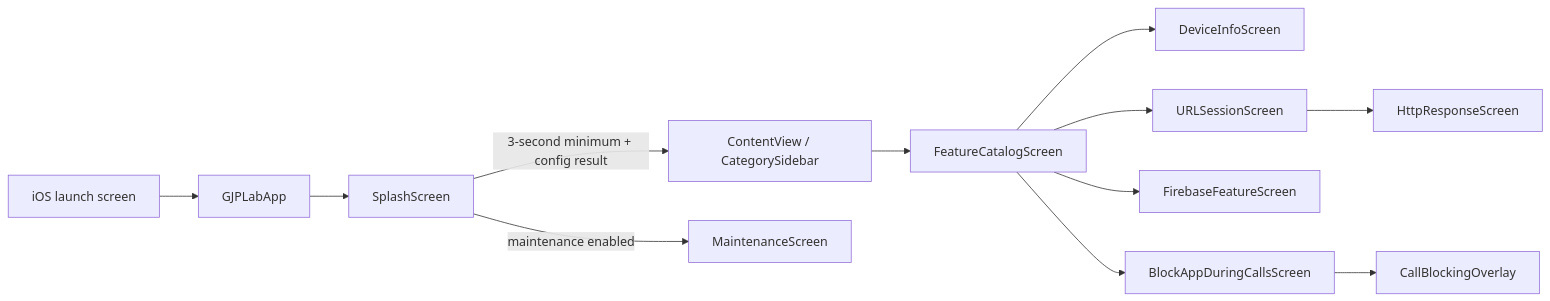
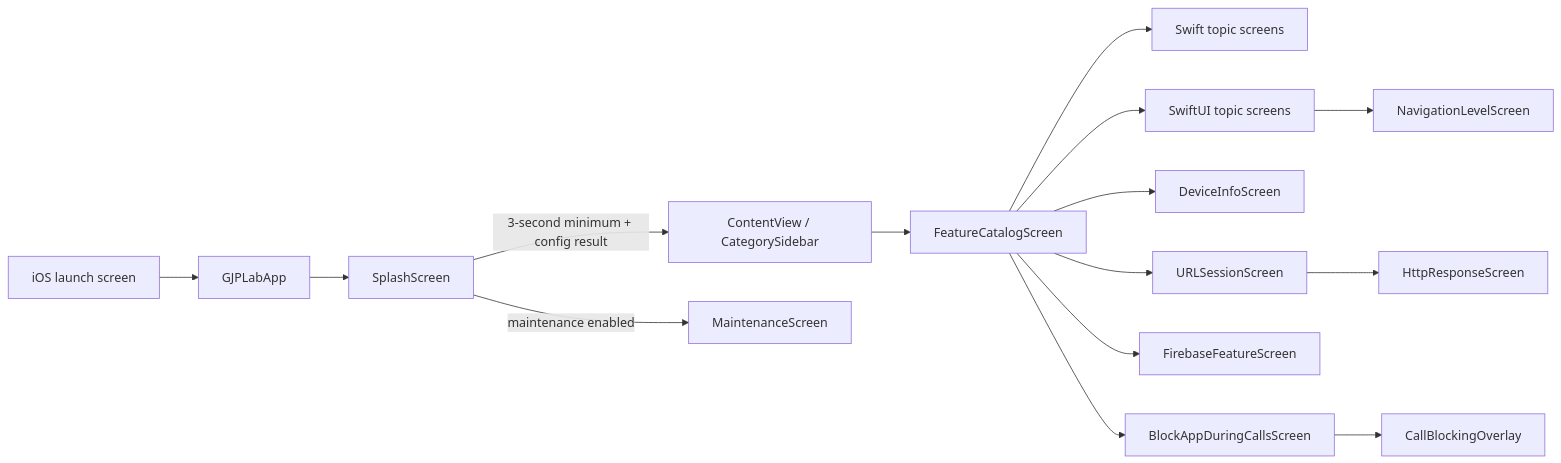
One commit to gjp-ai/gjp-lab-ios-swift changed the first of 2 diagrams in doc/architecture/application.md. Above: the diagram before and after it, drawn with Mermaid. The commit also changed other lines of this file and 94 other files, not shown here.

First line of the commit message:
Add Swift and SwiftUI topic categories

````diff
--- a/doc/architecture/application.md
+++ b/doc/architecture/application.md
@@ -11,14 +11,17 @@
 ```mermaid
 flowchart LR
     Launch[iOS launch screen] --> App[GJPLabApp]
     App --> Splash[SplashScreen]
     Splash -->|3-second minimum + config result| Sidebar[ContentView / CategorySidebar]
     Splash -->|maintenance enabled| Maintenance[MaintenanceScreen]
     Sidebar --> Catalog[FeatureCatalogScreen]
+    Catalog --> Swift[Swift topic screens]
+    Catalog --> SwiftUI[SwiftUI topic screens]
+    SwiftUI --> Level[NavigationLevelScreen]
     Catalog --> Device[DeviceInfoScreen]
     Catalog --> HTTP[URLSessionScreen]
     Catalog --> Firebase[FirebaseFeatureScreen]
     HTTP --> Response[HttpResponseScreen]
     Catalog --> Calls[BlockAppDuringCallsScreen]
     Calls --> Overlay[CallBlockingOverlay]
 ```
````
